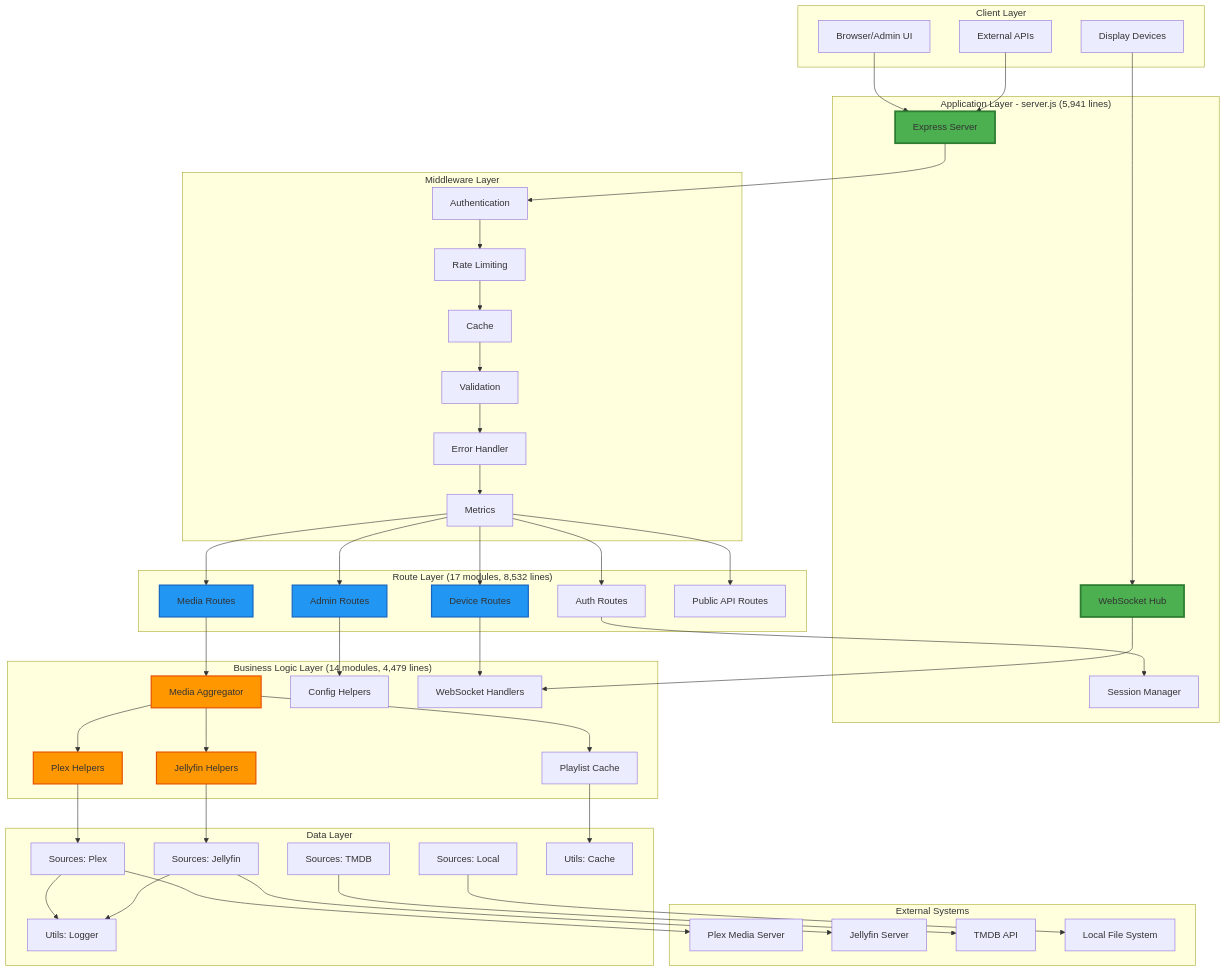
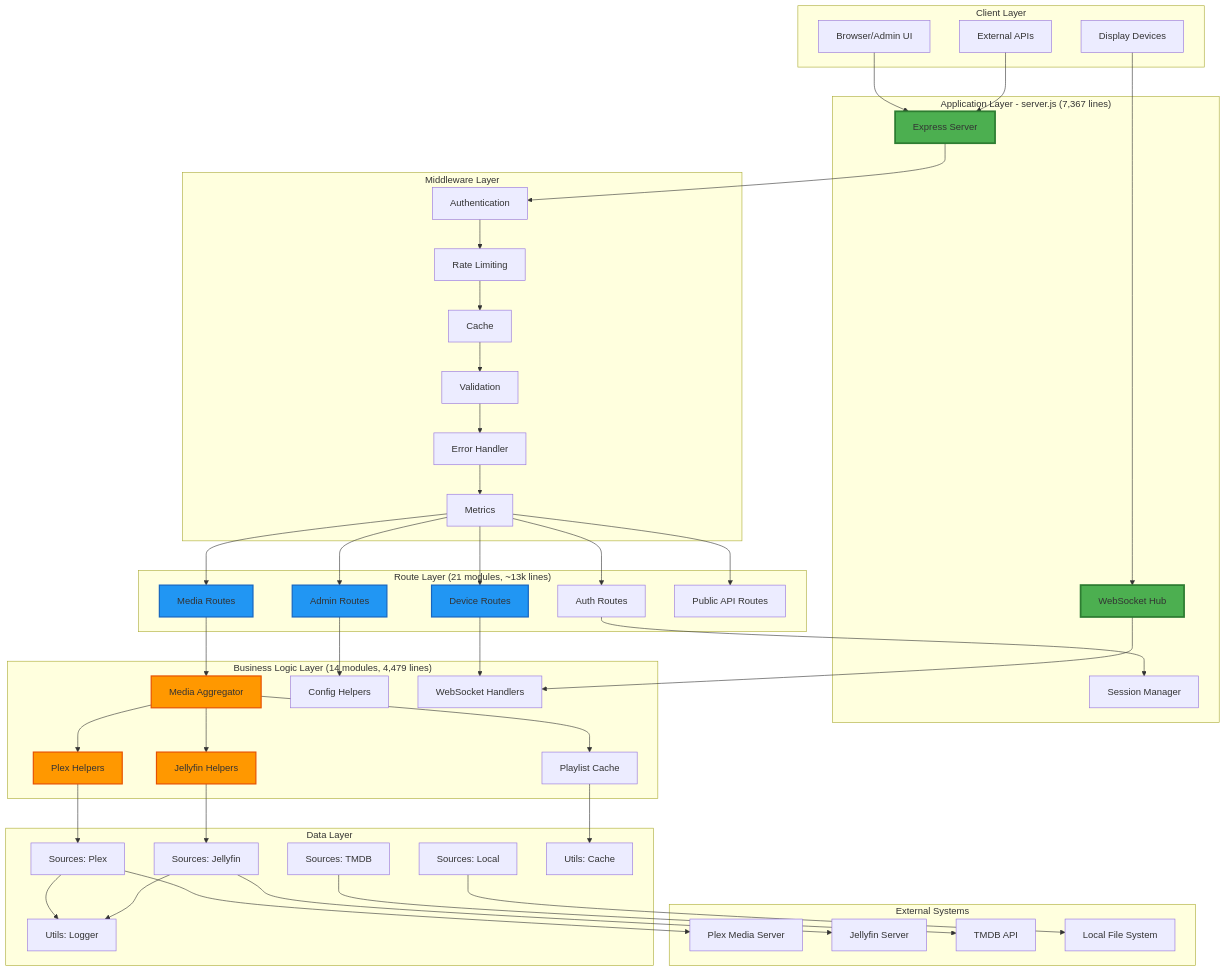
The first of 11 diagrams in docs/ARCHITECTURE-DIAGRAMS.md (Posterrama/posterrama), drawn with Mermaid before and after one commit. The commit also changed other lines of this file and 16 other files, not shown here.

````diff
--- a/docs/ARCHITECTURE-DIAGRAMS.md
+++ b/docs/ARCHITECTURE-DIAGRAMS.md
@@ -17,102 +17,102 @@
 ```mermaid
 graph TB
-    subgraph "Client Layer"
-        A1[Browser/Admin UI]
-        A2[Display Devices]
-        A3[External APIs]
-    end
+ subgraph "Client Layer"
+ A1[Browser/Admin UI]
+ A2[Display Devices]
+ A3[External APIs]
+ end
 
-    subgraph "Application Layer - server.js (5,941 lines)"
-        B1[Express Server]
-        B2[WebSocket Hub]
-        B3[Session Manager]
-    end
+ subgraph "Application Layer - server.js (7,367 lines)"
+ B1[Express Server]
+ B2[WebSocket Hub]
+ B3[Session Manager]
+ end
 
-    subgraph "Route Layer (17 modules, 8,532 lines)"
-        C1[Admin Routes]
-        C2[Device Routes]
-        C3[Media Routes]
-        C4[Auth Routes]
-        C5[Public API Routes]
-    end
+ subgraph "Route Layer (21 modules, ~13k lines)"
+ C1[Admin Routes]
+ C2[Device Routes]
+ C3[Media Routes]
+ C4[Auth Routes]
+ C5[Public API Routes]
+ end
 
-    subgraph "Business Logic Layer (14 modules, 4,479 lines)"
-        D1[Media Aggregator]
-        D2[Plex Helpers]
-        D3[Jellyfin Helpers]
-        D4[Config Helpers]
-        D5[Playlist Cache]
-        D6[WebSocket Handlers]
-    end
+ subgraph "Business Logic Layer (14 modules, 4,479 lines)"
+ D1[Media Aggregator]
+ D2[Plex Helpers]
+ D3[Jellyfin Helpers]
+ D4[Config Helpers]
+ D5[Playlist Cache]
+ D6[WebSocket Handlers]
+ end
 
-    subgraph "Middleware Layer"
-        E1[Authentication]
-        E2[Rate Limiting]
-        E3[Cache]
-        E4[Error Handler]
-        E5[Metrics]
-        E6[Validation]
-    end
+ subgraph "Middleware Layer"
+ E1[Authentication]
+ E2[Rate Limiting]
+ E3[Cache]
+ E4[Error Handler]
+ E5[Metrics]
+ E6[Validation]
+ end
 
-    subgraph "Data Layer"
-        F1[Sources: Plex]
-        F2[Sources: Jellyfin]
-        F3[Sources: TMDB]
-        F4[Sources: Local]
-        F5[Utils: Cache]
-        F6[Utils: Logger]
-    end
+ subgraph "Data Layer"
+ F1[Sources: Plex]
+ F2[Sources: Jellyfin]
+ F3[Sources: TMDB]
+ F4[Sources: Local]
+ F5[Utils: Cache]
+ F6[Utils: Logger]
+ end
 
-    subgraph "External Systems"
-        G1[Plex Media Server]
-        G2[Jellyfin Server]
-        G3[TMDB API]
-        G4[Local File System]
-    end
+ subgraph "External Systems"
+ G1[Plex Media Server]
+ G2[Jellyfin Server]
+ G3[TMDB API]
+ G4[Local File System]
+ end
 
-    A1 --> B1
-    A2 --> B2
-    A3 --> B1
+ A1 --> B1
+ A2 --> B2
+ A3 --> B1
 
-    B1 --> E1
-    B2 --> D6
-    E1 --> E2
-    E2 --> E3
-    E3 --> E6
-    E6 --> E4
-    E4 --> E5
+ B1 --> E1
+ B2 --> D6
+ E1 --> E2
+ E2 --> E3
+ E3 --> E6
+ E6 --> E4
+ E4 --> E5
 
-    E5 --> C1
-    E5 --> C2
-    E5 --> C3
-    E5 --> C4
-    E5 --> C5
+ E5 --> C1
+ E5 --> C2
+ E5 --> C3
+ E5 --> C4
+ E5 --> C5
 
-    C1 --> D4
-    C2 --> D6
-    C3 --> D1
-    C4 --> B3
+ C1 --> D4
+ C2 --> D6
+ C3 --> D1
+ C4 --> B3
 
-    D1 --> D2
-    D1 --> D3
-    D1 --> D5
-    D2 --> F1
-    D3 --> F2
-    D5 --> F5
+ D1 --> D2
+ D1 --> D3
+ D1 --> D5
+ D2 --> F1
+ D3 --> F2
+ D5 --> F5
 
-    F1 --> G1
-    F2 --> G2
-    F1 --> F6
-    F2 --> F6
-    F3 --> G3
-    F4 --> G4
+ F1 --> G1
+ F2 --> G2
+ F1 --> F6
+ F2 --> F6
+ F3 --> G3
+ F4 --> G4
 
-    style B1 fill:#4CAF50,stroke:#2E7D32,stroke-width:3px
-    style B2 fill:#4CAF50,stroke:#2E7D32,stroke-width:3px
-    style C1 fill:#2196F3,stroke:#1565C0,stroke-width:2px
-    style C2 fill:#2196F3,stroke:#1565C0,stroke-width:2px
-    style C3 fill:#2196F3,stroke:#1565C0,stroke-width:2px
-    style D1 fill:#FF9800,stroke:#E65100,stroke-width:2px
-    style D2 fill:#FF9800,stroke:#E65100,stroke-width:2px
-    style D3 fill:#FF9800,stroke:#E65100,stroke-width:2px
+ style B1 fill:#4CAF50,stroke:#2E7D32,stroke-width:3px
+ style B2 fill:#4CAF50,stroke:#2E7D32,stroke-width:3px
+ style C1 fill:#2196F3,stroke:#1565C0,stroke-width:2px
+ style C2 fill:#2196F3,stroke:#1565C0,stroke-width:2px
+ style C3 fill:#2196F3,stroke:#1565C0,stroke-width:2px
+ style D1 fill:#FF9800,stroke:#E65100,stroke-width:2px
+ style D2 fill:#FF9800,stroke:#E65100,stroke-width:2px
+ style D3 fill:#FF9800,stroke:#E65100,stroke-width:2px
 ```
````
